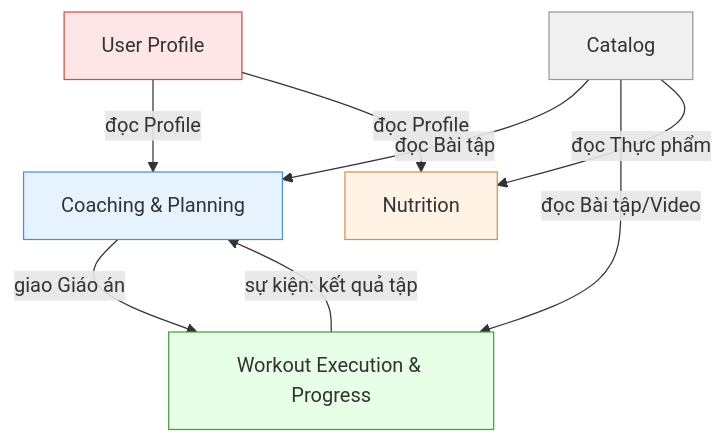
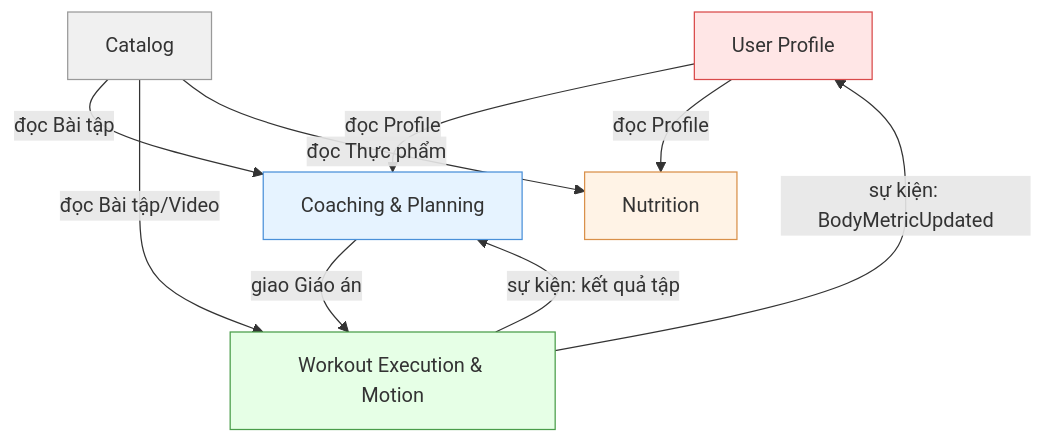
Before and after one commit to viethung213/gym-companion: the diagram in docs/02_bounded_context.md, drawn with Mermaid. The commit also changed other lines of this file and 5 other files, not shown here.

Commit message:
📝 docs(architecture): simplify documentation and modular design specs

````diff
--- a/docs/02_bounded_context.md
+++ b/docs/02_bounded_context.md
@@ -140,22 +95,26 @@
 ```mermaid
 graph TD
     UP["User Profile"]
     CP["Coaching & Planning"]
-    WE["Workout Execution & Progress"]
+    WEM["Workout Execution & Motion"]
     NU["Nutrition"]
     CA["Catalog"]
 
     UP -- "đọc Profile" --> CP
     UP -- "đọc Profile" --> NU
+    
     CA -- "đọc Bài tập" --> CP
-    CA -- "đọc Bài tập/Video" --> WE
+    CA -- "đọc Bài tập/Video" --> WEM
     CA -- "đọc Thực phẩm" --> NU
-    CP -- "giao Giáo án" --> WE
-    WE -- "sự kiện: kết quả tập" --> CP
+    
+    CP -- "giao Giáo án" --> WEM
+    
+    WEM -- "sự kiện: kết quả tập" --> CP
+    WEM -- "sự kiện: BodyMetricUpdated" --> UP
 
     style CA fill:#f0f0f0,stroke:#999
     style CP fill:#e6f3ff,stroke:#4a90d9
-    style WE fill:#e6ffe6,stroke:#4a9d4a
+    style WEM fill:#e6ffe6,stroke:#4a9d4a
     style NU fill:#fff3e6,stroke:#d9904a
     style UP fill:#ffe6e6,stroke:#d94a4a
 ```
````
